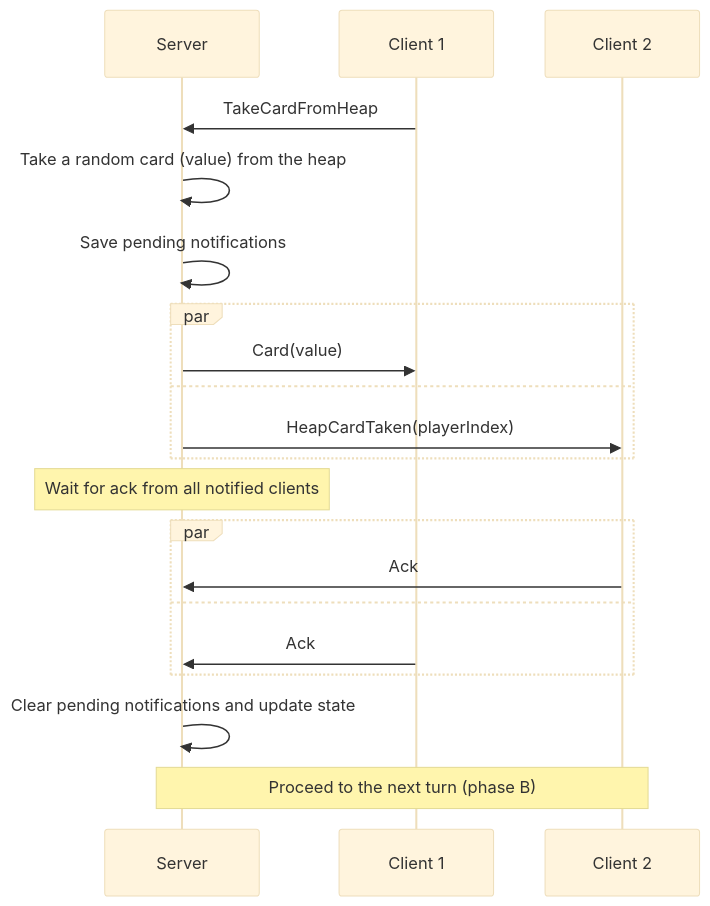
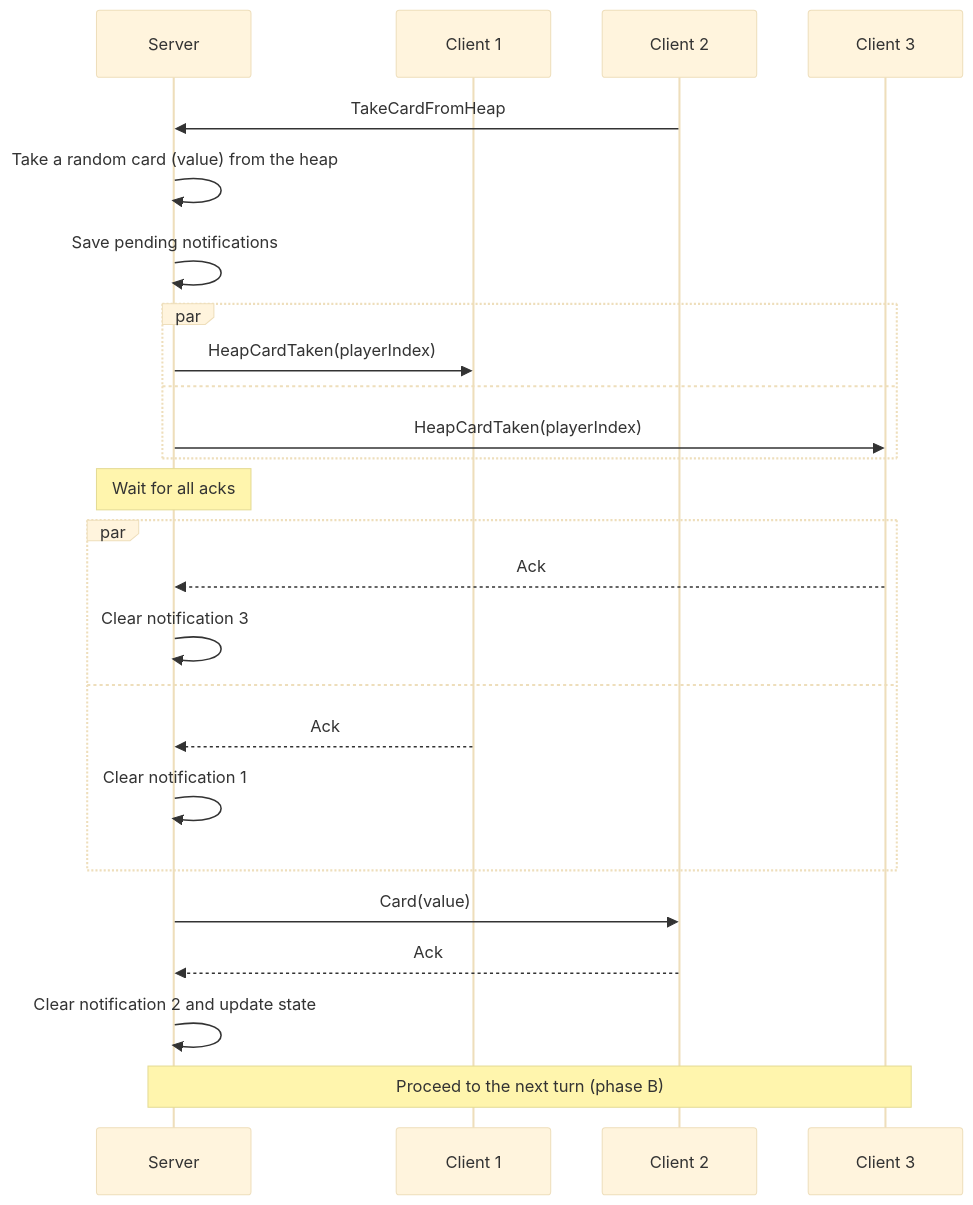
One commit to roman-zubarevich/another changed diagram 14 of 15 in README.md. Above: the diagram before and after it, drawn with Mermaid (base theme). The commit also changed other lines of this file, not shown here.

````diff
--- a/README.md
+++ b/README.md
@@ -378,22 +452,27 @@
 ```mermaid
 sequenceDiagram
     participant S as Server
     participant C1 as Client 1
     participant C2 as Client 2
-    C1->>S: TakeCardFromHeap
+    participant C3 as Client 3
+    C2->>S: TakeCardFromHeap
     S->>S: Take a random card (value) from the heap
     S->>S: Save pending notifications
     par
-        S->>C1: Card(value)
+        S->>C1: HeapCardTaken(playerIndex)
     and
-        S->>C2: HeapCardTaken(playerIndex)
+        S->>C3: HeapCardTaken(playerIndex)
     end
-    Note over S: Wait for ack from all notified clients
+    Note over S: Wait for all acks
     par
-        C2->>S: Ack
+        C3-->>S: Ack
+        S->>S: Clear notification 3
     and
-        C1->>S: Ack
+        C1-->>S: Ack
+        S->>S: Clear notification 1
     end
-    S->>S: Clear pending notifications and update state
-    Note over S,C2: Proceed to the next turn (phase B)
+    S->>C2: Card(value)
+    C2-->>S: Ack
+    S->>S: Clear notification 2 and update state
+    Note over S,C3: Proceed to the next turn (phase B)
 ```
````
